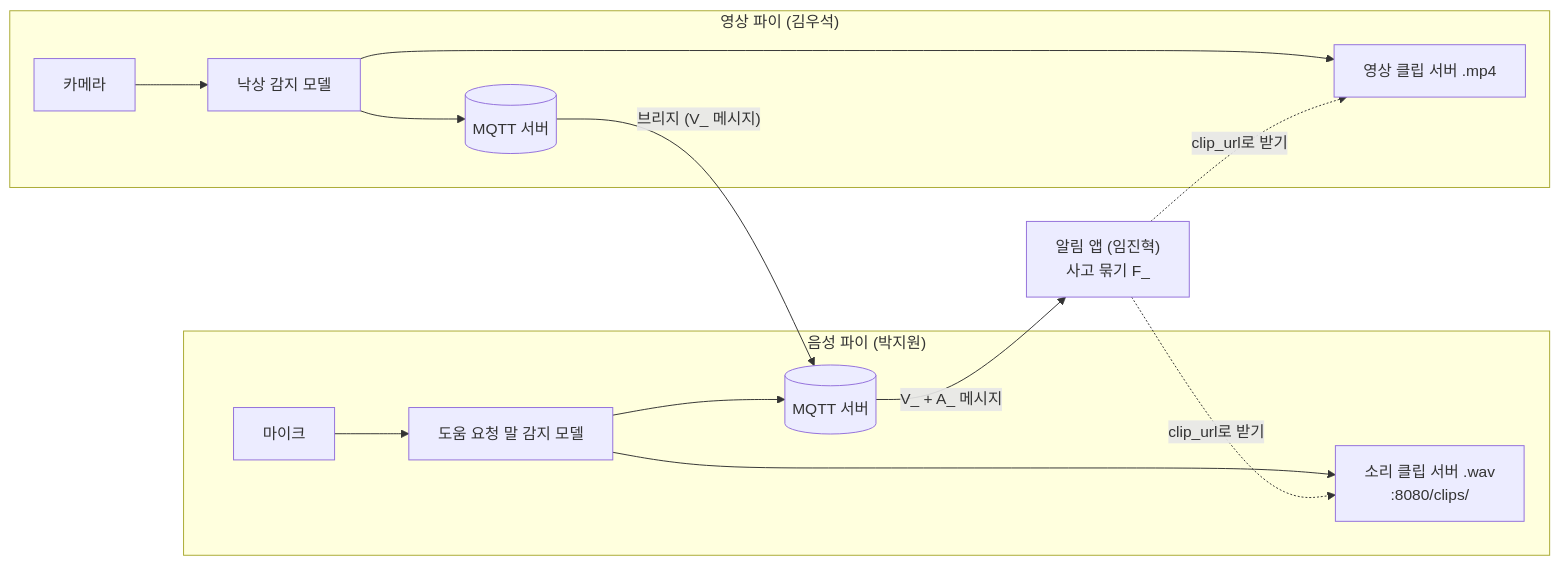
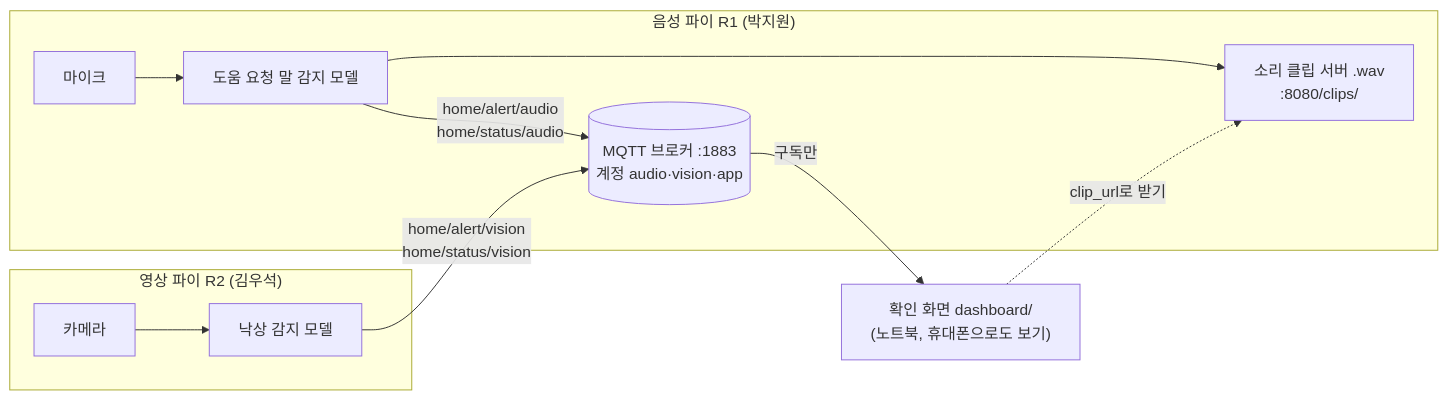
The first of 4 diagrams in voice/README.md (Newvvi/2026_AI_HUMAN_CARE_VOICE), drawn with Mermaid before and after one commit. The commit also changed other lines of this file and 35 other files, not shown here.

Commit message:
voice: 11/23 통신 기준 v1.1.0 적용(브로커 계정·ACL, 상태·LWT), 확인 화면 dashboard 추가, 기록 P28~P30·D38~D41

````diff
--- a/voice/README.md
+++ b/voice/README.md
@@ -44,15 +44,15 @@
 ```mermaid
 flowchart LR
-    subgraph VP["영상 파이 (김우석)"]
-        CAM[카메라] --> VM[낙상 감지 모델] --> VB[(MQTT 서버)]
-        VM --> VC[영상 클립 서버 .mp4]
+    subgraph AP["음성 파이 R1 (박지원)"]
+        MIC[마이크] --> AM[도움 요청 말 감지 모델]
+        AM --> AC[소리 클립 서버 .wav<br/>:8080/clips/]
+        AB[(MQTT 브로커 :1883<br/>계정 audio·vision·app)]
+        AM -- "home/alert/audio<br/>home/status/audio" --> AB
     end
-    subgraph AP["음성 파이 (박지원)"]
-        MIC[마이크] --> AM[도움 요청 말 감지 모델] --> AB[(MQTT 서버)]
-        AM --> AC[소리 클립 서버 .wav<br/>:8080/clips/]
+    subgraph VP["영상 파이 R2 (김우석)"]
+        CAM[카메라] --> VM[낙상 감지 모델]
     end
-    VB -- "브리지 (V_ 메시지)" --> AB
-    AB -- "V_ + A_ 메시지" --> APP["알림 앱 (임진혁)<br/>사고 묶기 F_"]
-    APP -. clip_url로 받기 .-> AC
-    APP -. clip_url로 받기 .-> VC
+    VM -- "home/alert/vision<br/>home/status/vision" --> AB
+    AB -- "구독만" --> UI["확인 화면 dashboard/<br/>(노트북, 휴대폰으로도 보기)"]
+    UI -. clip_url로 받기 .-> AC
 ```
````
